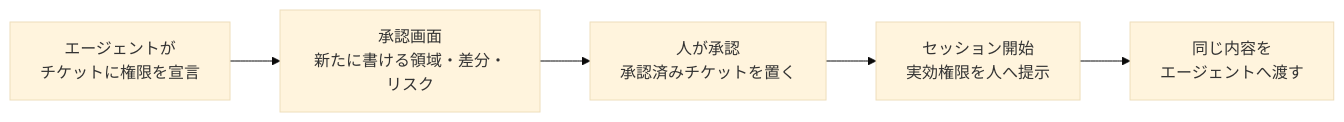
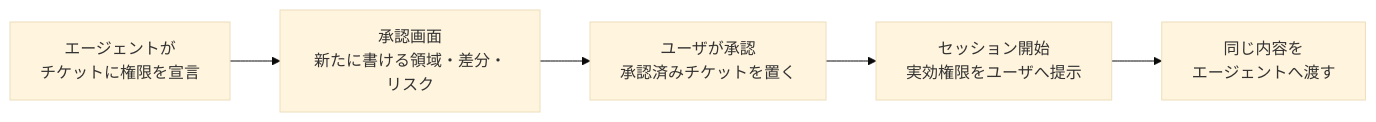
Before and after one commit to yuki-matsu783/ccnavi: the first of 4 diagrams in requirements.md, drawn with Mermaid (base theme). The commit also changed other lines of this file and 320 other files, not shown here.

````diff
--- a/requirements.md
+++ b/requirements.md
@@ -596,7 +596,7 @@
 ```mermaid
 flowchart LR
   A[エージェントが<br/>チケットに権限を宣言] --> B[承認画面<br/>新たに書ける領域・差分・リスク]
-  B --> C[人が承認<br/>承認済みチケットを置く]
-  C --> D[セッション開始<br/>実効権限を人へ提示]
+  B --> C[ユーザが承認<br/>承認済みチケットを置く]
+  C --> D[セッション開始<br/>実効権限をユーザへ提示]
   D --> E[同じ内容を<br/>エージェントへ渡す]
 ```
````
